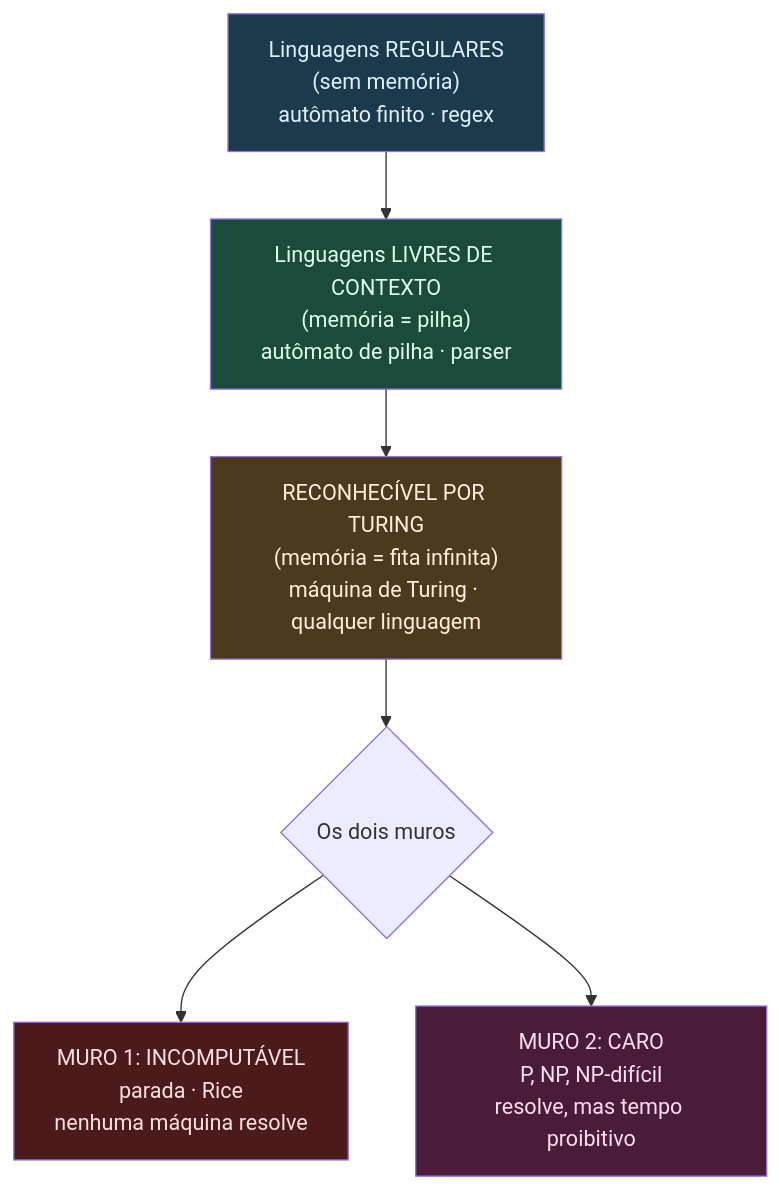
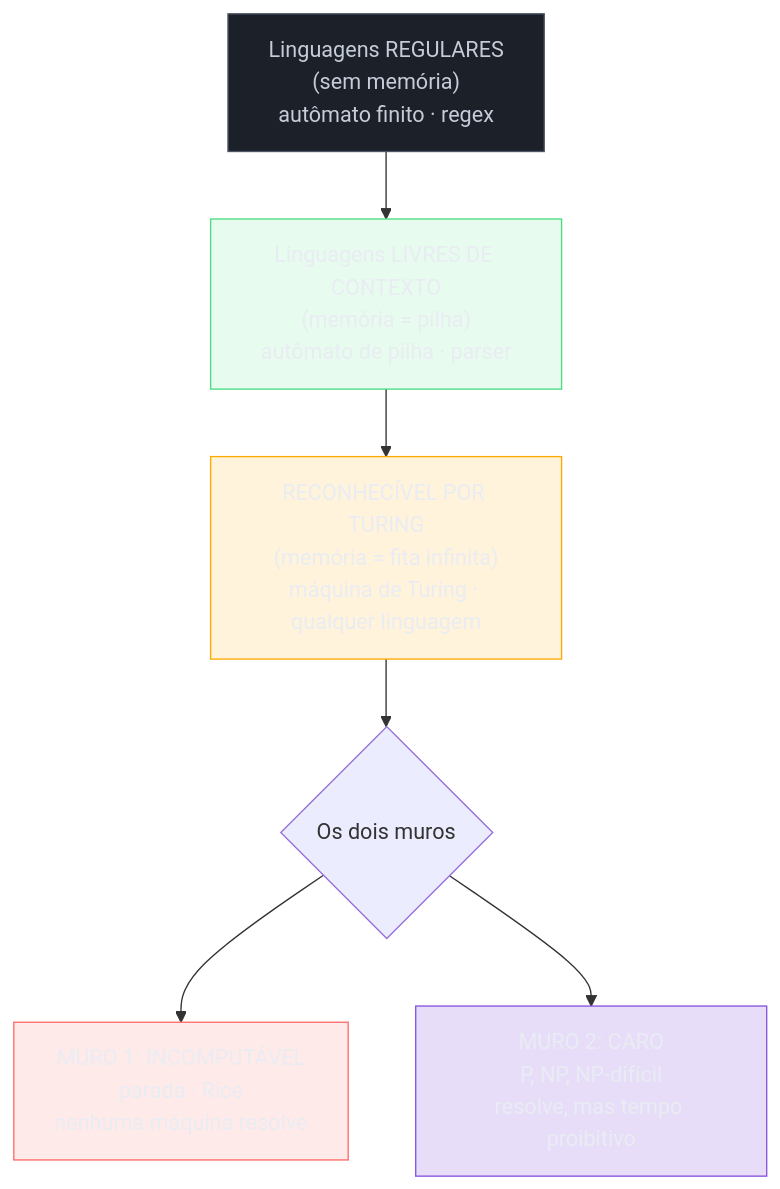
Before and after one commit to josenaldo/codex-technomanticus: the first of 2 diagrams in 03-Dominios/Ciência/Teoria da Computação/17 - A teoria da computação na vida do dev.md, drawn with Mermaid. The commit also changed other lines of this file and 1181 other files, not shown here.

First line of the commit message:
fix(diagramas): paleta do sistema no lugar de cor cravada no markdown

````diff
--- a/03-Dominios/Ciência/Teoria da Computação/17 - A teoria da computação na vida do dev.md
+++ b/03-Dominios/Ciência/Teoria da Computação/17 - A teoria da computação na vida do dev.md
@@ -35,14 +35,19 @@
 ```mermaid
 flowchart TD
+    classDef neutro fill:#1B2029,stroke:#4E5666,color:#C6CCD8
+    classDef ok fill:#4ADE8021,stroke:#4ADE80,color:#E9ECF2
+    classDef destaque fill:#FFAA0024,stroke:#FFAA00,color:#E9ECF2
+    classDef falha fill:#FF6B6B24,stroke:#FF6B6B,color:#E9ECF2
+    classDef marca fill:#8855DF33,stroke:#8855DF,color:#E9ECF2
     A["Linguagens REGULARES<br/>(sem memória)<br/>autômato finito · regex"] --> B["Linguagens LIVRES DE CONTEXTO<br/>(memória = pilha)<br/>autômato de pilha · parser"]
     B --> C["RECONHECÍVEL POR TURING<br/>(memória = fita infinita)<br/>máquina de Turing · qualquer linguagem"]
     C --> D{"Os dois muros"}
     D --> E["MURO 1: INCOMPUTÁVEL<br/>parada · Rice<br/>nenhuma máquina resolve"]
     D --> F["MURO 2: CARO<br/>P, NP, NP-difícil<br/>resolve, mas tempo proibitivo"]
 
-    style A fill:#1b3a4b,color:#e0f0ff
-    style B fill:#1b4b3a,color:#e0fff0
-    style C fill:#4b3a1b,color:#fff0e0
-    style E fill:#4b1b1b,color:#ffe0e0
-    style F fill:#4b1b3a,color:#ffe0f0
+    class A neutro
+    class B ok
+    class C destaque
+    class E falha
+    class F marca
 ```
````
